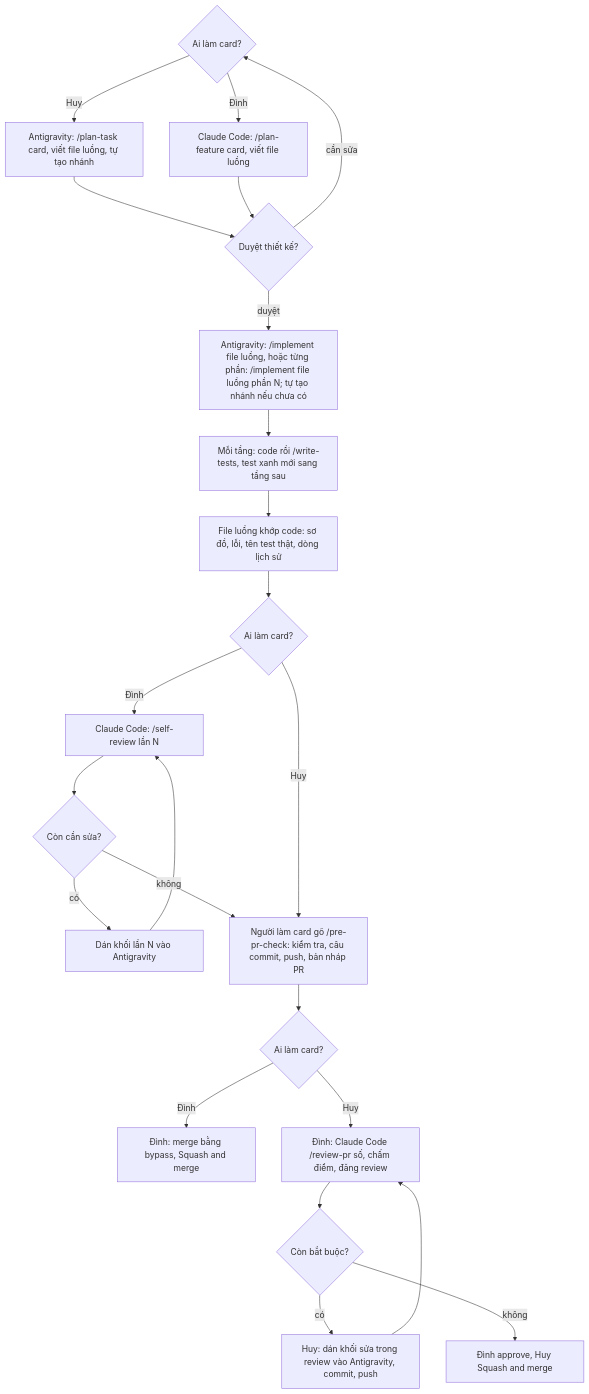
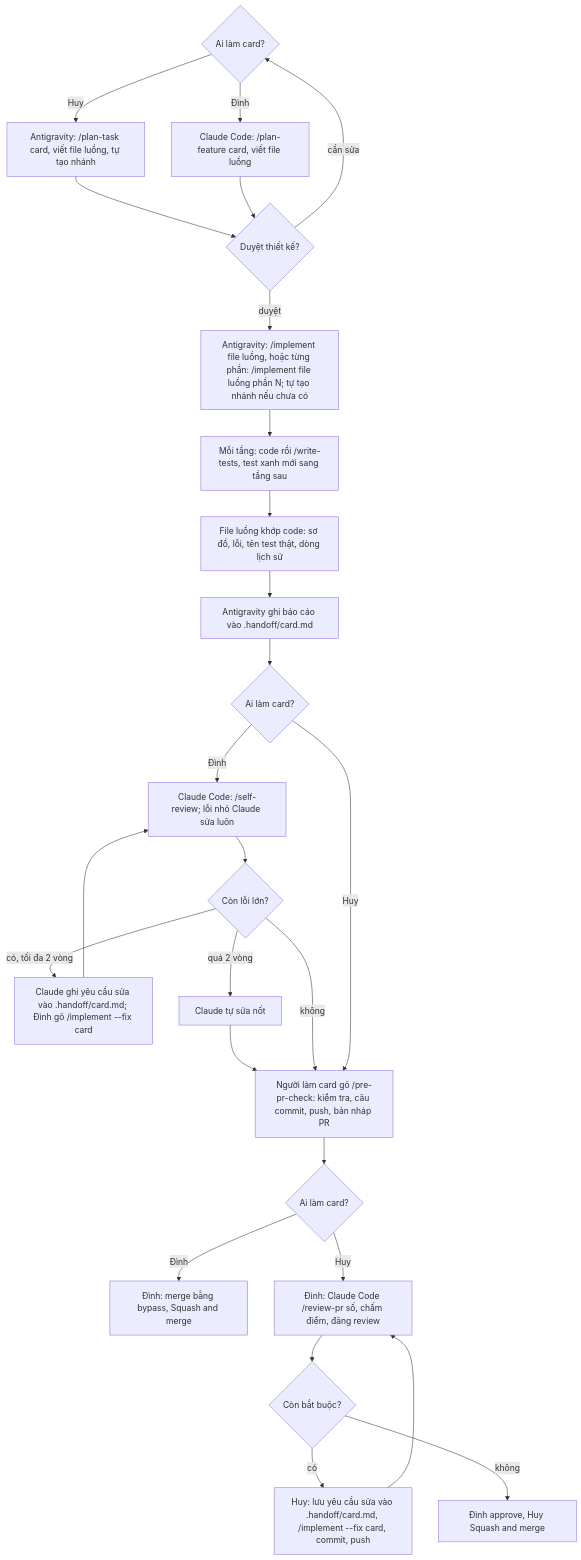
One commit to xile-spa-dinhlnd/xile-spa-app changed the first of 2 diagrams in docs/guides/ai-agents.md. Above: the diagram before and after it, drawn with Mermaid. The commit also changed other lines of this file and 23 other files, not shown here.

````diff
--- a/docs/guides/ai-agents.md
+++ b/docs/guides/ai-agents.md
@@ -60,23 +66,25 @@
 ```mermaid
 flowchart TD
     A{Ai làm card?} -- Huy --> B[Antigravity: /plan-task card, viết file luồng, tự tạo nhánh]
     A -- Đình --> C[Claude Code: /plan-feature card, viết file luồng]
     B --> D{Duyệt thiết kế?}
     C --> D
     D -- cần sửa --> A
     D -- duyệt --> E[Antigravity: /implement file luồng, hoặc từng phần: /implement file luồng phần N; tự tạo nhánh nếu chưa có]
     E --> E2[Mỗi tầng: code rồi /write-tests, test xanh mới sang tầng sau]
     E2 --> E3[File luồng khớp code: sơ đồ, lỗi, tên test thật, dòng lịch sử]
-    E3 --> F{Ai làm card?}
-    F -- Đình --> G[Claude Code: /self-review lần N]
-    G --> H{Còn cần sửa?}
-    H -- có --> I[Dán khối lần N vào Antigravity] --> G
+    E3 --> E4[Antigravity ghi báo cáo vào .handoff/card.md]
+    E4 --> F{Ai làm card?}
+    F -- Đình --> G[Claude Code: /self-review; lỗi nhỏ Claude sửa luôn]
+    G --> H{Còn lỗi lớn?}
+    H -- có, tối đa 2 vòng --> I[Claude ghi yêu cầu sửa vào .handoff/card.md; Đình gõ /implement --fix card] --> G
+    H -- quá 2 vòng --> I2[Claude tự sửa nốt] --> J
     H -- không --> J
     F -- Huy --> J[Người làm card gõ /pre-pr-check: kiểm tra, câu commit, push, bản nháp PR]
     J --> K{Ai làm card?}
     K -- Đình --> L[Đình: merge bằng bypass, Squash and merge]
     K -- Huy --> M[Đình: Claude Code /review-pr số, chấm điểm, đăng review]
     M --> N{Còn bắt buộc?}
-    N -- có --> O[Huy: dán khối sửa trong review vào Antigravity, commit, push] --> M
+    N -- có --> O[Huy: lưu yêu cầu sửa vào .handoff/card.md, /implement --fix card, commit, push] --> M
     N -- không --> P[Đình approve, Huy Squash and merge]
 ```
````
